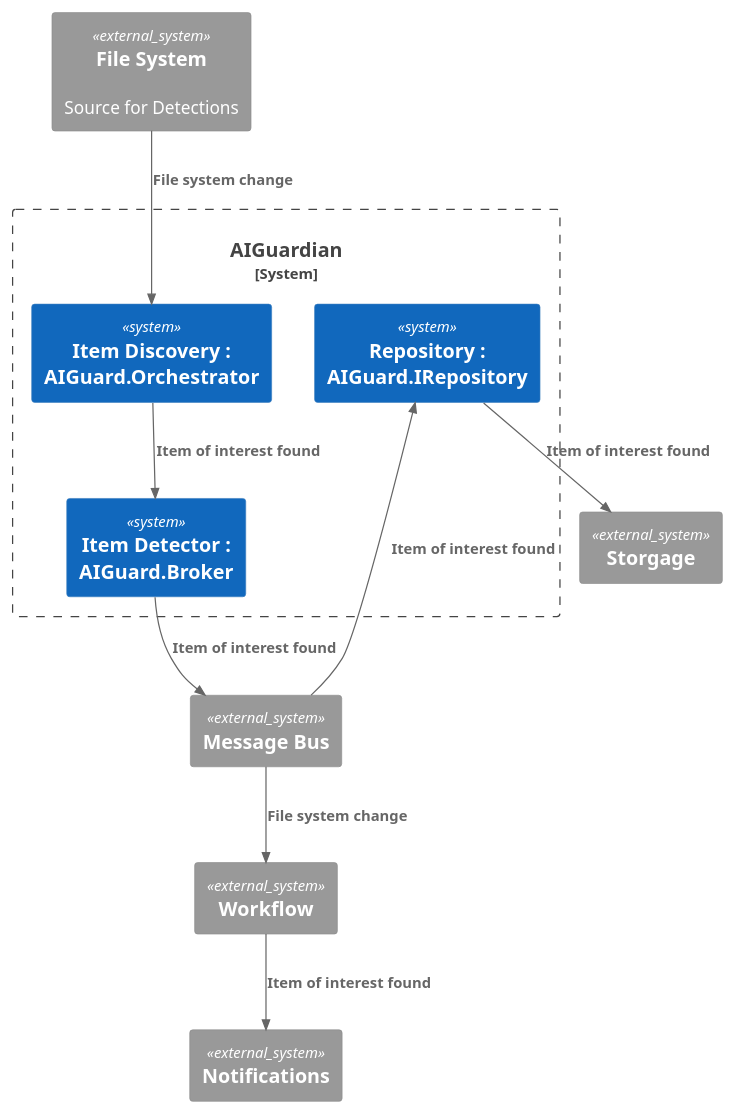
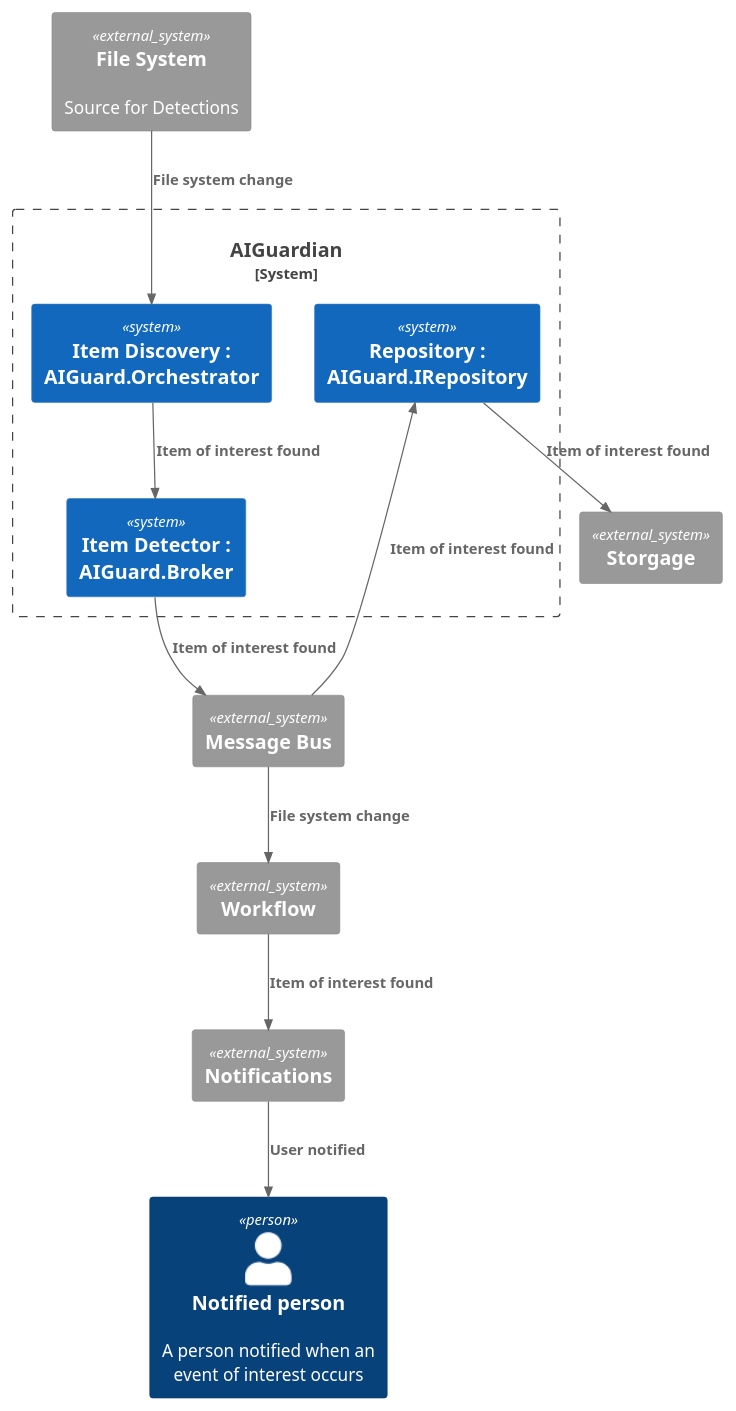
Before and after one commit to johnhinz/AIGatekeeper: the diagram in diagrams/container.puml, drawn with PlantUML.

Commit message:
Added perspn to container diagram

```diff
--- a/diagrams/container.puml
+++ b/diagrams/container.puml
@@ -1,27 +1,29 @@
 @startuml 
 !includeurl https://raw.githubusercontent.com/RicardoNiepel/C4-PlantUML/release/1-0/C4_Container.puml
+
+Person(recipient, "Notified person", "A person notified when an event of interest occurs")
 
 System_Ext(filesys, "File System", "Source for Detections")
 System_Ext(bus, "Message Bus")
 System_Ext(notification, "Notifications")
 System_Ext(workflow, "Workflow")
 System_Ext(persist, "Storgage")
  
 System_Boundary(bound, "AIGuardian") {
     System(discovery, "Item Discovery : AIGuard.Orchestrator")
     System(detector, "Item Detector : AIGuard.Broker")
     System(repo, "Repository : AIGuard.IRepository")
 }
 
 Rel(bus, workflow, "File system change")
 
-
+Rel(notification, recipient, "User notified")
 Rel(workflow, notification, "Item of interest found")
 Rel(discovery, detector, "Item of interest found")
 Rel(detector, bus, "Item of interest found")
 Rel(bus, repo, "Item of interest found")
 Rel(repo, persist, "Item of interest found")
 
 Rel(filesys, discovery, "File system change")
 
 @enduml
```
